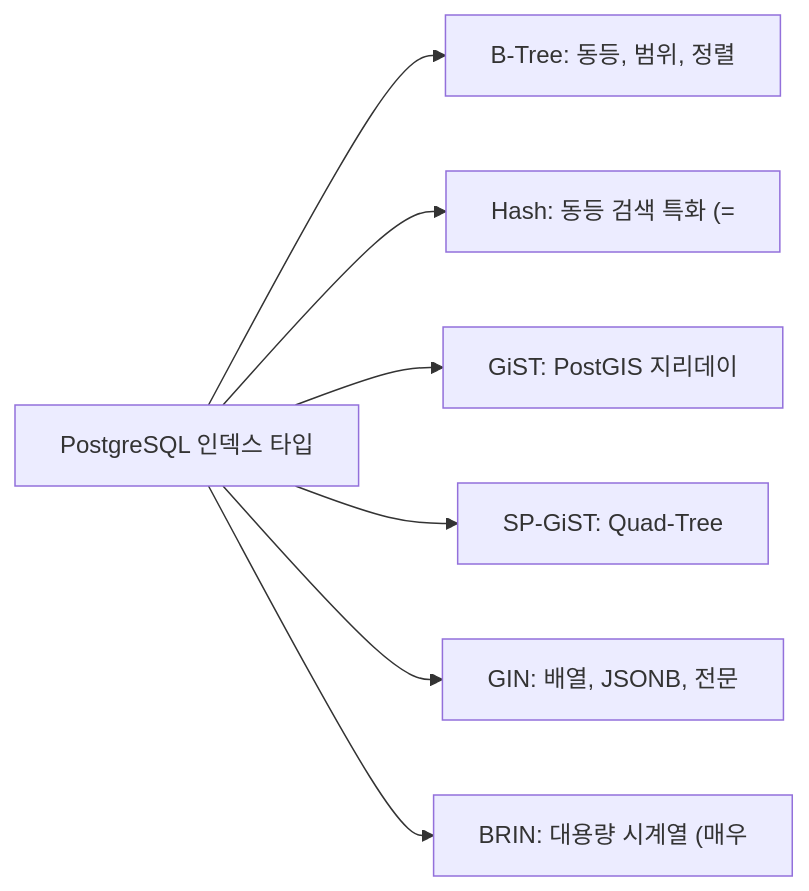
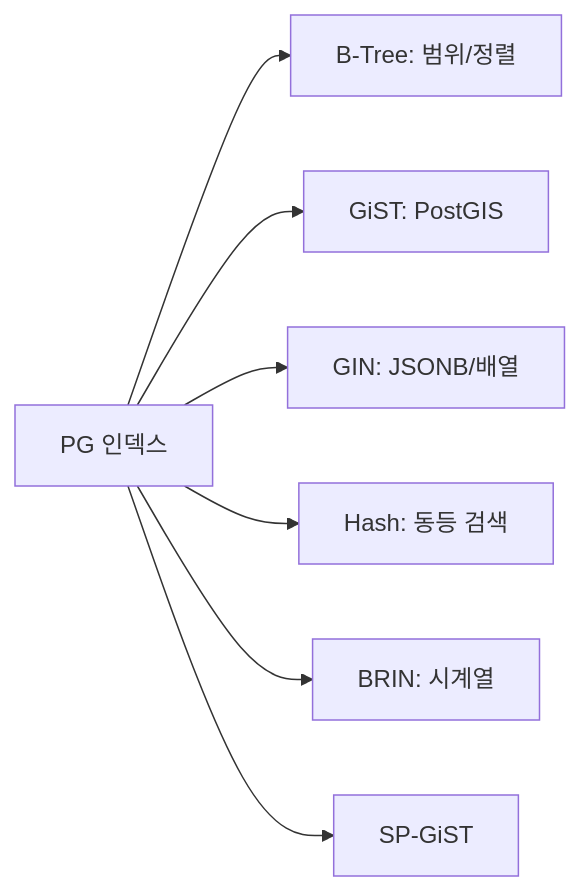
Before and after one commit to yjkim2015/yjkim2015.github.io: the tenth of 15 diagrams in _posts/db/2026-05-01-db-comparison.md, drawn with Mermaid. The commit also changed other lines of this file and 245 other files, not shown here.

First line of the commit message:
Mermaid 다이어그램 전면 수정 + 면접 포인트 접기/펼치기 + DB 데드락 페이지

````diff
--- a/_posts/db/2026-05-01-db-comparison.md
+++ b/_posts/db/2026-05-01-db-comparison.md
@@ -229,9 +229,9 @@
 ```mermaid
 graph LR
-    IDX["PostgreSQL 인덱스 타입"] --> BT["B-Tree: 동등, 범위, 정렬"]
-    IDX --> HS["Hash: 동등 검색 특화 (="]
-    IDX --> GS["GiST: PostGIS 지리데이"]
-    IDX --> SP["SP-GiST: Quad-Tree"]
-    IDX --> GN["GIN: 배열, JSONB, 전문"]
-    IDX --> BR["BRIN: 대용량 시계열 (매우"]
+    IDX["PG 인덱스"] --> BT["B-Tree: 범위/정렬"]
+    IDX --> GS["GiST: PostGIS"]
+    IDX --> GN["GIN: JSONB/배열"]
+    IDX --> HS["Hash: 동등 검색"]
+    IDX --> BR["BRIN: 시계열"]
+    IDX --> SP["SP-GiST"]
 ```
````
